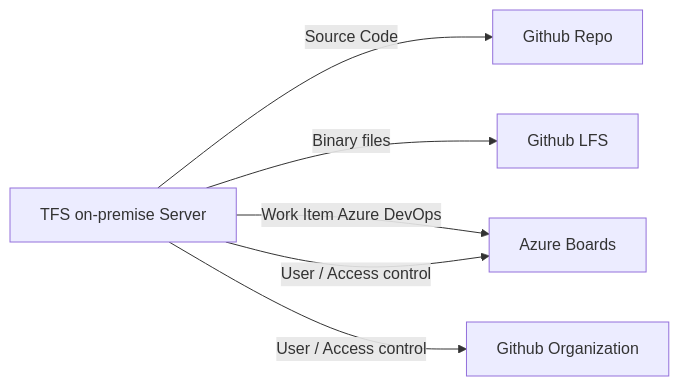
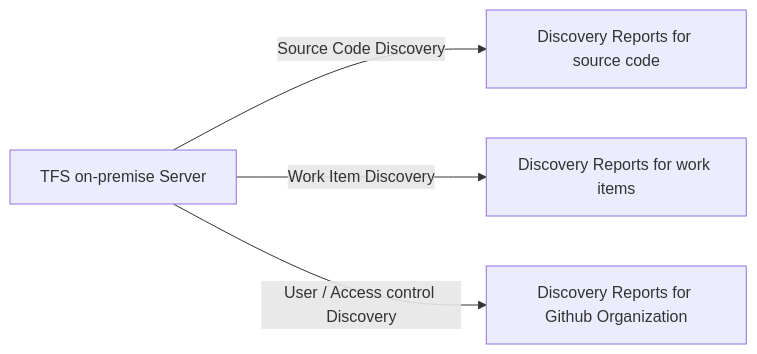
One commit to newtglobalgit/nabors-tfs-migration changed the diagram in Src/Discovery/README.md. Above: the diagram before and after it, drawn with Mermaid. The commit also changed other lines of this file, not shown here.

````diff
--- a/Src/Discovery/README.md
+++ b/Src/Discovery/README.md
@@ -17,8 +6,6 @@
 ```mermaid
 graph LR
-A[TFS on-premise Server] -- Source Code --> B[Github Repo]
-A -- Binary files --> C[Github LFS]
-A -- Work Item Azure DevOps --> D[Azure Boards]
-A -- User / Access control --> E[Github Organization]
-A -- User / Access control --> D
+A[TFS on-premise Server] -- Source Code Discovery --> B[Discovery Reports for source code]
+A -- Work Item Discovery --> C[Discovery Reports for work items]
+A -- User / Access control Discovery --> D[Discovery Reports for Github Organization]
 ```
````
